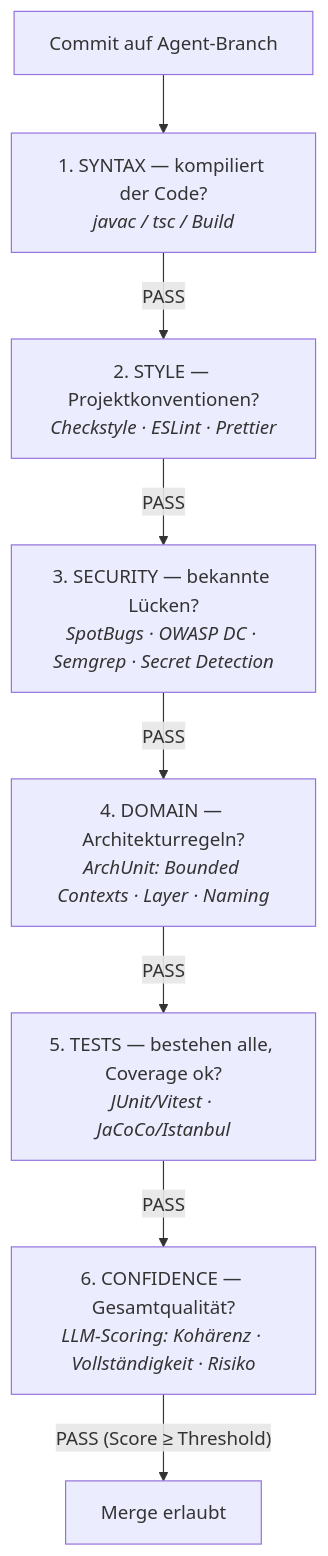
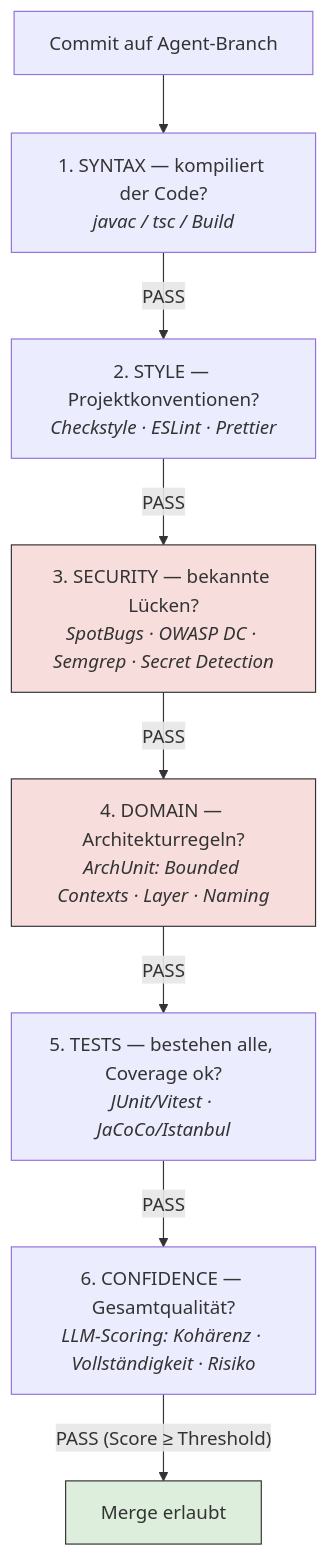
The diagram in abbildungen/abb17.mmd (mjanda0815/agentic-publikation), drawn with Mermaid before and after one commit. The commit also changed 62 other files, not shown here.

```diff
--- a/abbildungen/abb17.mmd
+++ b/abbildungen/abb17.mmd
@@ -1,10 +1,14 @@
 flowchart TB
     C["Commit auf Agent-Branch"]
     S1["1. SYNTAX — kompiliert der Code?<br/><i>javac / tsc / Build</i>"]
     S2["2. STYLE — Projektkonventionen?<br/><i>Checkstyle · ESLint · Prettier</i>"]
     S3["3. SECURITY — bekannte Lücken?<br/><i>SpotBugs · OWASP DC · Semgrep · Secret Detection</i>"]
     S4["4. DOMAIN — Architekturregeln?<br/><i>ArchUnit: Bounded Contexts · Layer · Naming</i>"]
     S5["5. TESTS — bestehen alle, Coverage ok?<br/><i>JUnit/Vitest · JaCoCo/Istanbul</i>"]
     S6["6. CONFIDENCE — Gesamtqualität?<br/><i>LLM-Scoring: Kohärenz · Vollständigkeit · Risiko</i>"]
     OK["Merge erlaubt"]
     C --> S1 -- "PASS" --> S2 -- "PASS" --> S3 -- "PASS" --> S4 -- "PASS" --> S5 -- "PASS" --> S6 -- "PASS (Score ≥ Threshold)" --> OK
+    classDef sec fill:#f8dddd,stroke:#333333
+    classDef ok fill:#ddeedd,stroke:#333333
+    class S3,S4 sec
+    class OK ok
```
